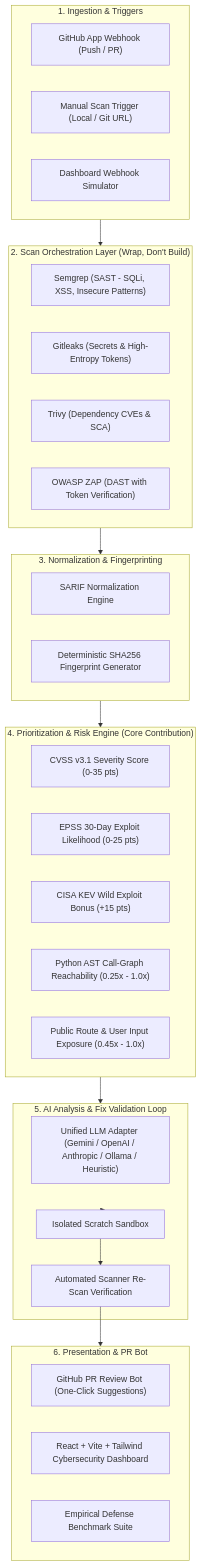
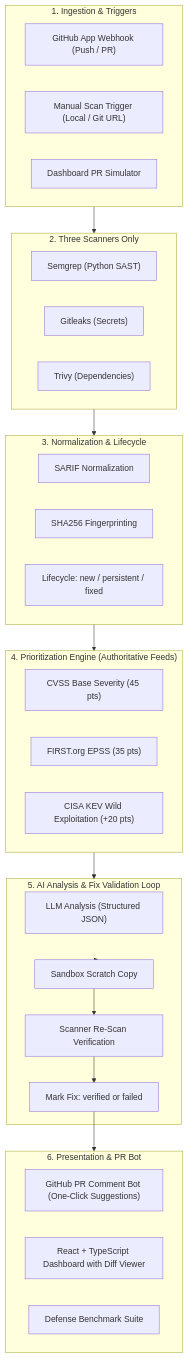
The diagram in README.md (callmyselfasaarya/Guardstack), drawn with Mermaid before and after one commit. The commit also changed other lines of this file and 27 other files, not shown here.

Commit message:
feat: complete locked scope refactor to minimalistic 3-scanner ASPM with verified fix loop

````diff
--- a/README.md
+++ b/README.md
@@ -53,48 +77,48 @@
 ```mermaid
 flowchart TD
     subgraph Triggers ["1. Ingestion & Triggers"]
         GH["GitHub App Webhook (Push / PR)"]
         CLI["Manual Scan Trigger (Local / Git URL)"]
-        SIM["Dashboard Webhook Simulator"]
+        SIM["Dashboard PR Simulator"]
     end
 
-    subgraph ScannerLayer ["2. Scan Orchestration Layer (Wrap, Don't Build)"]
-        SAST["Semgrep (SAST - SQLi, XSS, Insecure Patterns)"]
-        SECRETS["Gitleaks (Secrets & High-Entropy Tokens)"]
-        SCA["Trivy (Dependency CVEs & SCA)"]
-        DAST["OWASP ZAP (DAST with Token Verification)"]
+    subgraph ScannerLayer ["2. Three Scanners Only"]
+        SAST["Semgrep (Python SAST)"]
+        SECRETS["Gitleaks (Secrets)"]
+        SCA["Trivy (Dependencies)"]
     end
 
-    subgraph Normalization ["3. Normalization & Fingerprinting"]
-        SARIF["SARIF Normalization Engine"]
-        FP["Deterministic SHA256 Fingerprint Generator"]
+    subgraph Normalization ["3. Normalization & Lifecycle"]
+        SARIF["SARIF Normalization"]
+        FP["SHA256 Fingerprinting"]
+        STATE["Lifecycle: new / persistent / fixed"]
     end
 
-    subgraph Prioritization ["4. Prioritization & Risk Engine (Core Contribution)"]
-        CVSS["CVSS v3.1 Severity Score (0-35 pts)"]
-        EPSS["EPSS 30-Day Exploit Likelihood (0-25 pts)"]
-        KEV["CISA KEV Wild Exploit Bonus (+15 pts)"]
-        REACH["Python AST Call-Graph Reachability (0.25x - 1.0x)"]
-        EXP["Public Route & User Input Exposure (0.45x - 1.0x)"]
+    subgraph Prioritization ["4. Prioritization Engine (Authoritative Feeds)"]
+        CVSS["CVSS Base Severity (45 pts)"]
+        EPSS["FIRST.org EPSS (35 pts)"]
+        KEV["CISA KEV Wild Exploitation (+20 pts)"]
     end
 
     subgraph AI ["5. AI Analysis & Fix Validation Loop"]
-        LLM["Unified LLM Adapter (Gemini / OpenAI / Anthropic / Ollama / Heuristic)"]
-        SANDBOX["Isolated Scratch Sandbox"]
-        RESCAN["Automated Scanner Re-Scan Verification"]
+        LLM["LLM Analysis (Structured JSON)"]
+        SANDBOX["Sandbox Scratch Copy"]
+        RESCAN["Scanner Re-Scan Verification"]
+        STATUS["Mark Fix: verified or failed"]
     end
 
     subgraph Interfaces ["6. Presentation & PR Bot"]
-        PRBOT["GitHub PR Review Bot (One-Click Suggestions)"]
-        DASH["React + Vite + Tailwind Cybersecurity Dashboard"]
-        BENCH["Empirical Defense Benchmark Suite"]
+        PRBOT["GitHub PR Comment Bot (One-Click Suggestions)"]
+        DASH["React + TypeScript Dashboard with Diff Viewer"]
+        BENCH["Defense Benchmark Suite"]
     end
 
     Triggers --> ScannerLayer
     ScannerLayer --> Normalization
     Normalization --> Prioritization
     Prioritization --> AI
     AI --> SANDBOX
     SANDBOX --> RESCAN
-    RESCAN --> Interfaces
+    RESCAN --> STATUS
+    STATUS --> Interfaces
 ```
````
